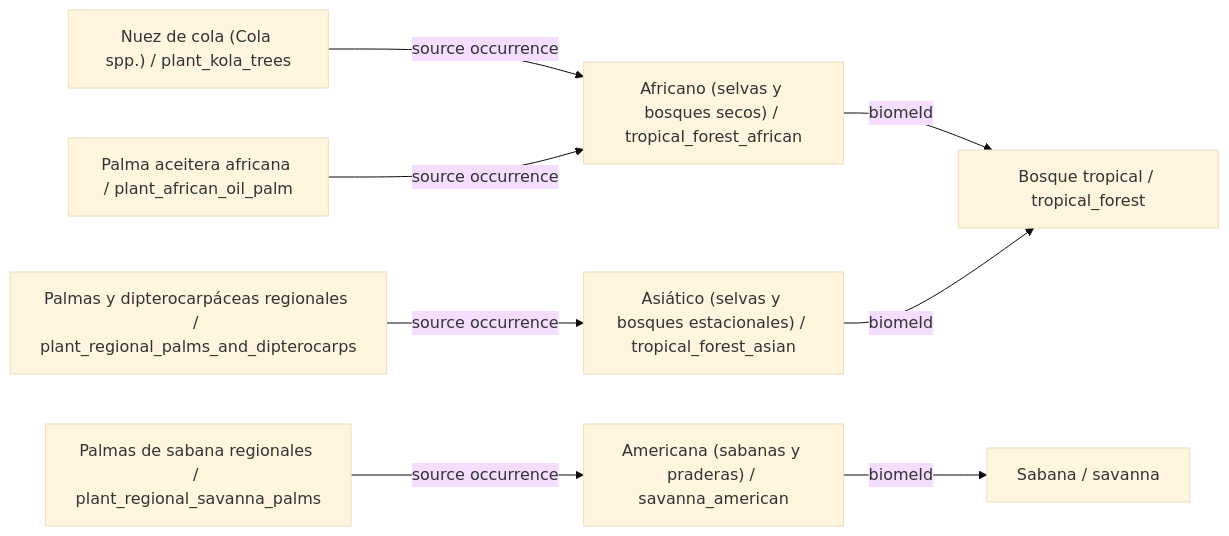
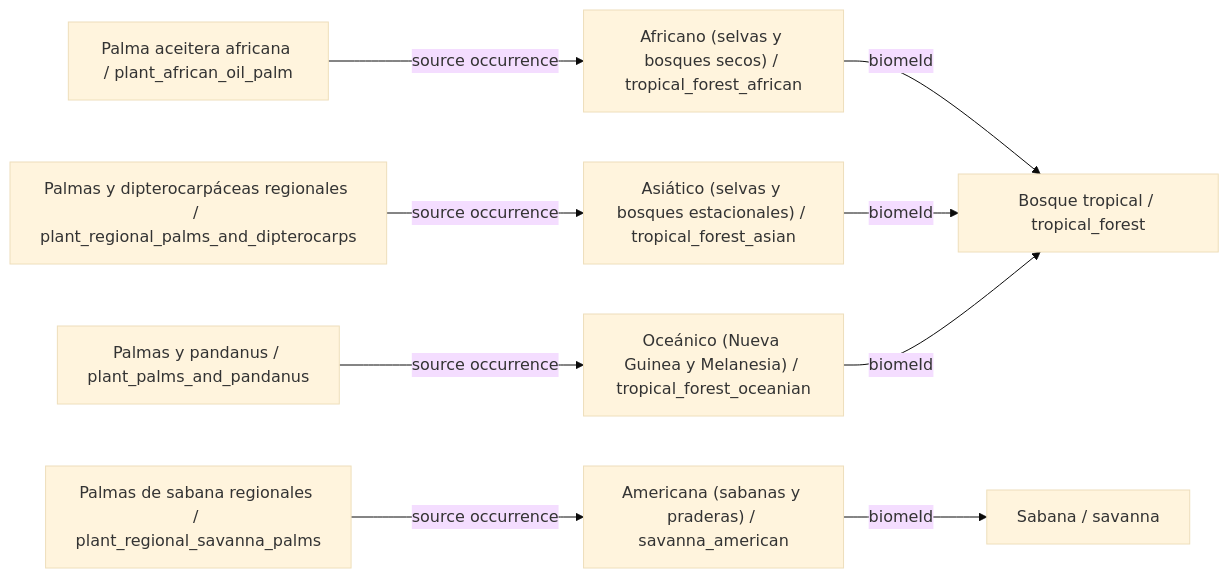
Before and after one commit to fgabo404/EvolveDoc: diagram 16 of 34 in data/plants/DIAGRAMS.es.md, drawn with Mermaid (base theme). The commit also changed other lines of this file and 59 other files, not shown here.

````diff
--- a/data/plants/DIAGRAMS.es.md
+++ b/data/plants/DIAGRAMS.es.md
@@ -624,19 +573,21 @@
 ```mermaid
 flowchart LR
-    c0["Nuez de cola (Cola spp.) / plant_kola_trees"]
+    c0["Palma aceitera africana / plant_african_oil_palm"]
     v1["Africano (selvas y bosques secos) / tropical_forest_african"]
     b0["Bosque tropical / tropical_forest"]
-    c1["Palma aceitera africana / plant_african_oil_palm"]
-    c2["Palmas de sabana regionales / plant_regional_savanna_palms"]
+    c1["Palmas de sabana regionales / plant_regional_savanna_palms"]
     v12["Americana (sabanas y praderas) / savanna_american"]
     b3["Sabana / savanna"]
-    c3["Palmas y dipterocarpáceas regionales / plant_regional_palms_and_dipterocarps"]
+    c2["Palmas y dipterocarpáceas regionales / plant_regional_palms_and_dipterocarps"]
     v2["Asiático (selvas y bosques estacionales) / tropical_forest_asian"]
+    c3["Palmas y pandanus / plant_palms_and_pandanus"]
+    v3["Oceánico (Nueva Guinea y Melanesia) / tropical_forest_oceanian"]
     c0 -->|source occurrence| v1
-    c1 -->|source occurrence| v1
-    c2 -->|source occurrence| v12
-    c3 -->|source occurrence| v2
+    c1 -->|source occurrence| v12
+    c2 -->|source occurrence| v2
+    c3 -->|source occurrence| v3
     v1 -->|biomeId| b0
     v12 -->|biomeId| b3
     v2 -->|biomeId| b0
+    v3 -->|biomeId| b0
 ```
````
